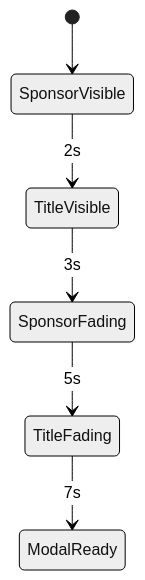
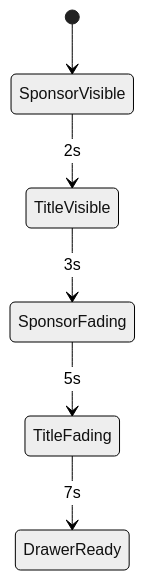
The second of 2 diagrams in docs/design/0037-title-intro-fade-before-modal.md (flyingrobots/jedit), drawn with Mermaid (neutral theme) before and after one commit. The commit also changed other lines of this file and 19 other files, not shown here.

````diff
--- a/docs/design/0037-title-intro-fade-before-modal.md
+++ b/docs/design/0037-title-intro-fade-before-modal.md
@@ -185,8 +185,8 @@
 ```mermaid
 stateDiagram-v2
   [*] --> SponsorVisible
   SponsorVisible --> TitleVisible: 2s
   TitleVisible --> SponsorFading: 3s
   SponsorFading --> TitleFading: 5s
-  TitleFading --> ModalReady: 7s
+  TitleFading --> DrawerReady: 7s
 ```
````
